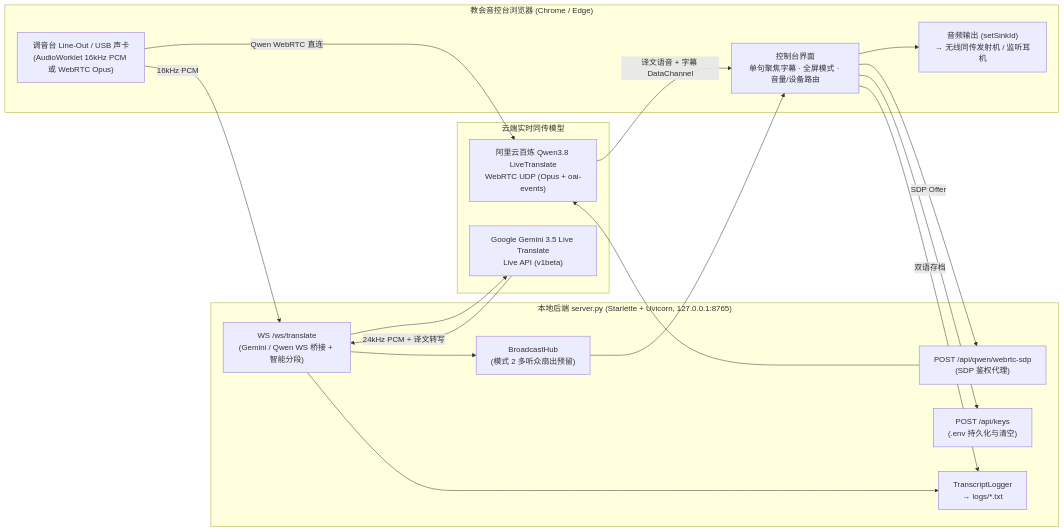
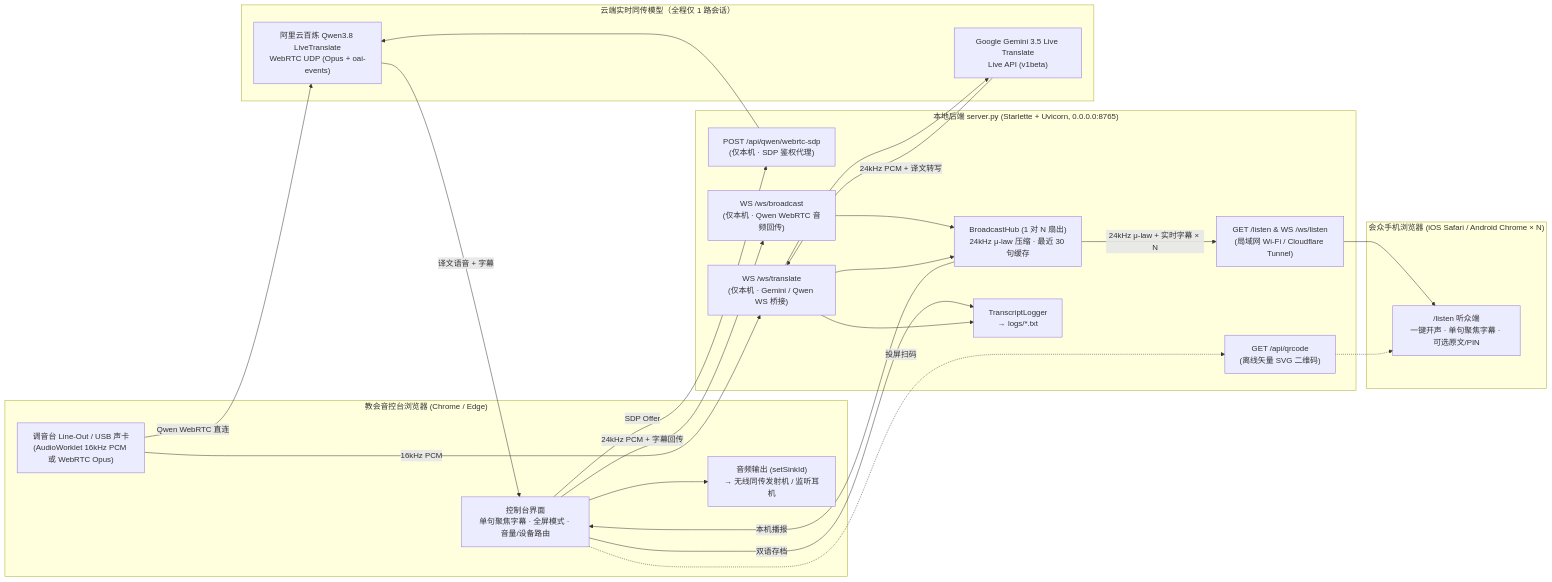
The diagram in README.md (boyang0830/sermon-live-translator), drawn with Mermaid before and after one commit. The commit also changed other lines of this file and 14 other files, not shown here.

Commit message:
feat: add Mode 2 1-to-N congregation mobile broadcast (/listen, QR, μ-law fan-out)

````diff
--- a/README.md
+++ b/README.md
@@ -73,31 +81,40 @@
 ```mermaid
 flowchart LR
     subgraph Soundbooth["教会音控台浏览器 (Chrome / Edge)"]
         Mic["调音台 Line-Out / USB 声卡\n(AudioWorklet 16kHz PCM 或 WebRTC Opus)"]
         UI["控制台界面\n单句聚焦字幕 · 全屏模式 · 音量/设备路由"]
         Player["音频输出 (setSinkId)\n→ 无线同传发射机 / 监听耳机"]
     end
 
-    subgraph LocalServer["本地后端 server.py (Starlette + Uvicorn, 127.0.0.1:8765)"]
-        SDP["POST /api/qwen/webrtc-sdp\n(SDP 鉴权代理)"]
-        WS["WS /ws/translate\n(Gemini / Qwen WS 桥接 + 智能分段)"]
-        Keys["POST /api/keys\n(.env 持久化与清空)"]
+    subgraph LocalServer["本地后端 server.py (Starlette + Uvicorn, 0.0.0.0:8765)"]
+        SDP["POST /api/qwen/webrtc-sdp\n(仅本机 · SDP 鉴权代理)"]
+        Uplink["WS /ws/broadcast\n(仅本机 · Qwen WebRTC 音频回传)"]
+        WS["WS /ws/translate\n(仅本机 · Gemini / Qwen WS 桥接)"]
+        Hub["BroadcastHub (1 对 N 扇出)\n24kHz μ-law 压缩 · 最近 30 句缓存"]
+        ListenWS["GET /listen & WS /ws/listen\n(局域网 Wi-Fi / Cloudflare Tunnel)"]
+        QR["GET /api/qrcode\n(离线矢量 SVG 二维码)"]
         Logs["TranscriptLogger\n→ logs/*.txt"]
-        Hub["BroadcastHub\n(模式 2 多听众扇出预留)"]
     end
 
-    subgraph Cloud["云端实时同传模型"]
+    subgraph Cloud["云端实时同传模型（全程仅 1 路会话）"]
         QwenRTC["阿里云百炼 Qwen3.8 LiveTranslate\nWebRTC UDP (Opus + oai-events)"]
         Gemini["Google Gemini 3.5 Live Translate\nLive API (v1beta)"]
     end
 
+    subgraph Phones["会众手机浏览器 (iOS Safari / Android Chrome × N)"]
+        Listener["/listen 听众端\n一键开声 · 单句聚焦字幕 · 可选原文/PIN"]
+    end
+
     Mic -->|"Qwen WebRTC 直连"| QwenRTC
     UI -->|"SDP Offer"| SDP --> QwenRTC
-    QwenRTC -->|"译文语音 + 字幕 DataChannel"| UI --> Player
+    QwenRTC -->|"译文语音 + 字幕"| UI --> Player
+    UI -->|"24kHz PCM + 字幕回传"| Uplink --> Hub
     UI -->|"双语存档"| Logs
 
     Mic -->|"16kHz PCM"| WS --> Gemini
-    Gemini -->|"24kHz PCM + 译文转写"| WS --> Hub --> UI
+    Gemini -->|"24kHz PCM + 译文转写"| WS --> Hub
+    Hub -->|"本机播报"| UI
+    Hub -->|"24kHz μ-law + 实时字幕 × N"| ListenWS --> Listener
+    UI -.->|"投屏扫码"| QR -.-> Listener
     WS --> Logs
-    UI --> Keys
 ```
````
